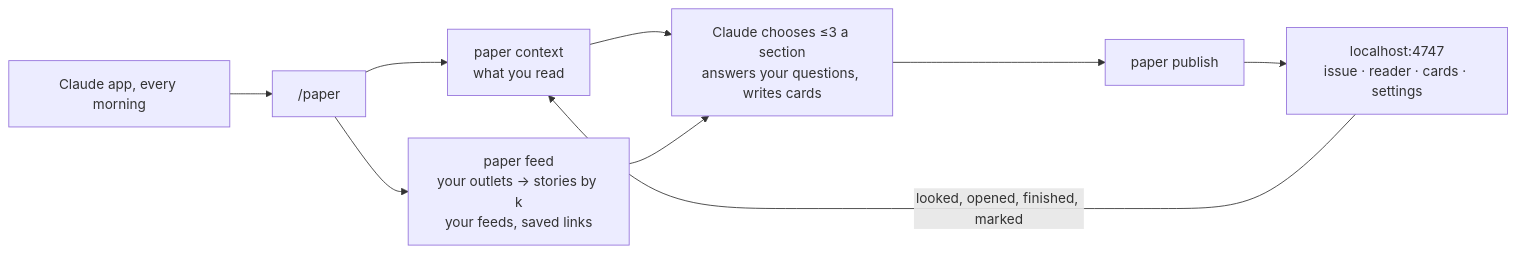
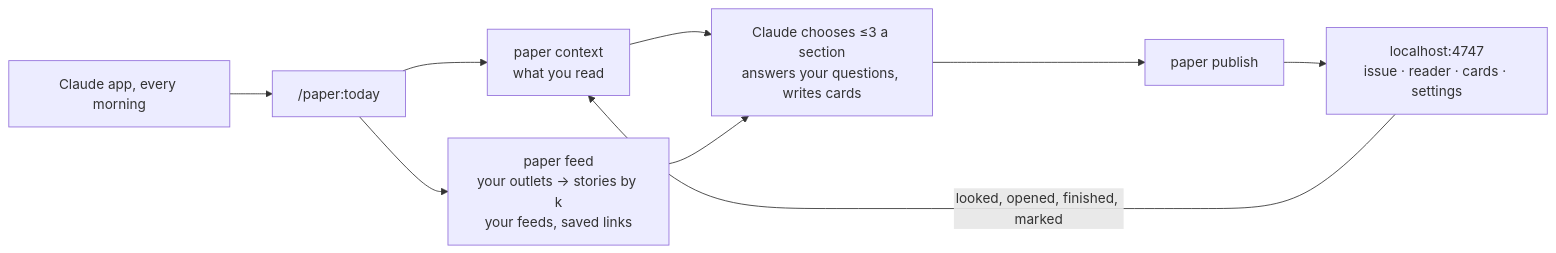
One commit to VeghV03/morning-paper changed the diagram in README.md. Above: the diagram before and after it, drawn with Mermaid. The commit also changed other lines of this file and 10 other files, not shown here.

````diff
--- a/README.md
+++ b/README.md
@@ -80,10 +81,10 @@
 ```mermaid
 flowchart LR
-  A[Claude app, every morning] --> B["/paper"]
+  A[Claude app, every morning] --> B["/paper:today"]
   B --> C["paper context<br/>what you read"]
   B --> D["paper feed<br/>your outlets → stories by k<br/>your feeds, saved links"]
   C & D --> E[Claude chooses ≤3 a section<br/>answers your questions, writes cards]
   E --> F[paper publish]
   F --> G["localhost:4747<br/>issue · reader · cards · settings"]
   G -->|looked, opened, finished, marked| C
 ```
````
